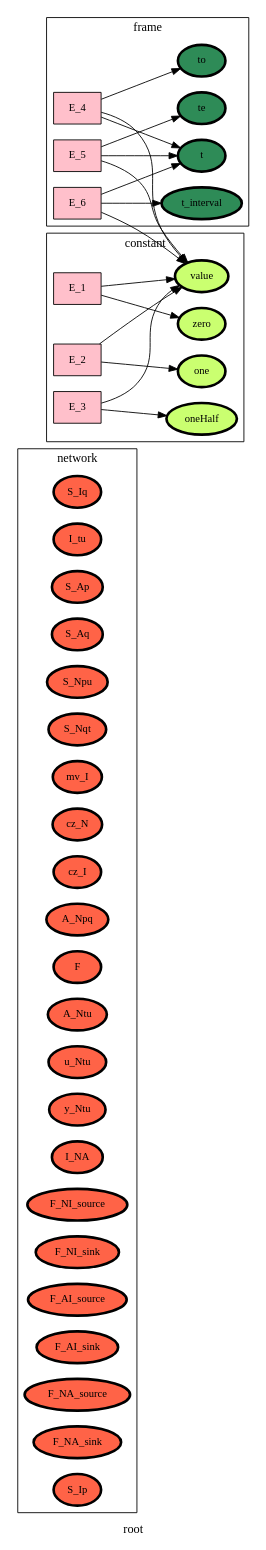
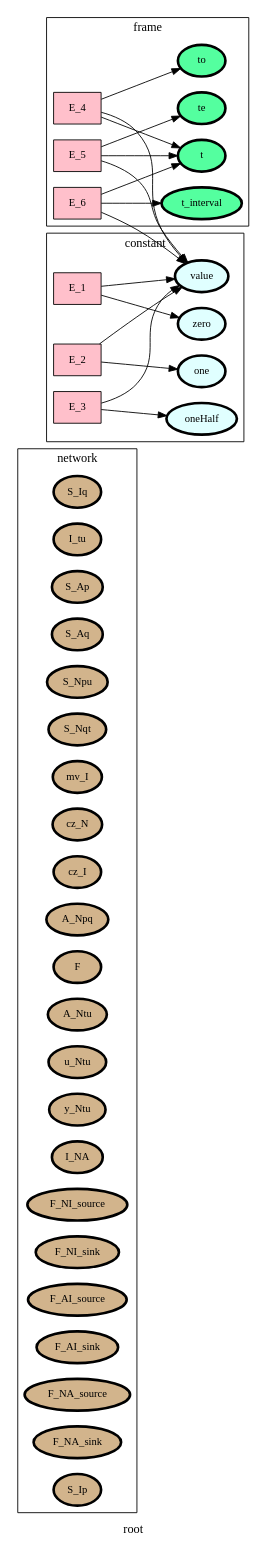
One commit to heinz-preisig/processes_distributed_no_interface_eqs changed the diagram in ontology_graphs/graph__root.dot. Above: the diagram before and after it, drawn with Graphviz. The commit also changed 30 other files, not shown here.

```diff
--- a/ontology_graphs/graph__root.dot
+++ b/ontology_graphs/graph__root.dot
@@ -1,75 +1,75 @@
 digraph root {
 label=root;
 rankdir=LR;
 subgraph cluster_root___network {
 label=network;
 rankdir=LR;
-V_10 [fillcolor=tomato, fontsize=12, label=S_Iq, penwidth=3, style=filled];
-V_11 [fillcolor=tomato, fontsize=12, label=I_tu, penwidth=3, style=filled];
-V_12 [fillcolor=tomato, fontsize=12, label=S_Ap, penwidth=3, style=filled];
-V_13 [fillcolor=tomato, fontsize=12, label=S_Aq, penwidth=3, style=filled];
-V_14 [fillcolor=tomato, fontsize=12, label=S_Npu, penwidth=3, style=filled];
-V_15 [fillcolor=tomato, fontsize=12, label=S_Nqt, penwidth=3, style=filled];
-V_16 [fillcolor=tomato, fontsize=12, label=mv_I, penwidth=3, style=filled];
-V_17 [fillcolor=tomato, fontsize=12, label=cz_N, penwidth=3, style=filled];
-V_18 [fillcolor=tomato, fontsize=12, label=cz_I, penwidth=3, style=filled];
-V_19 [fillcolor=tomato, fontsize=12, label=A_Npq, penwidth=3, style=filled];
-V_2 [fillcolor=tomato, fontsize=12, label=F, penwidth=3, style=filled];
-V_20 [fillcolor=tomato, fontsize=12, label=A_Ntu, penwidth=3, style=filled];
-V_21 [fillcolor=tomato, fontsize=12, label=u_Ntu, penwidth=3, style=filled];
-V_22 [fillcolor=tomato, fontsize=12, label=y_Ntu, penwidth=3, style=filled];
-V_27 [fillcolor=tomato, fontsize=12, label=I_NA, penwidth=3, style=filled];
-V_3 [fillcolor=tomato, fontsize=12, label=F_NI_source, penwidth=3, style=filled];
-V_4 [fillcolor=tomato, fontsize=12, label=F_NI_sink, penwidth=3, style=filled];
-V_5 [fillcolor=tomato, fontsize=12, label=F_AI_source, penwidth=3, style=filled];
-V_6 [fillcolor=tomato, fontsize=12, label=F_AI_sink, penwidth=3, style=filled];
-V_7 [fillcolor=tomato, fontsize=12, label=F_NA_source, penwidth=3, style=filled];
-V_8 [fillcolor=tomato, fontsize=12, label=F_NA_sink, penwidth=3, style=filled];
-V_9 [fillcolor=tomato, fontsize=12, label=S_Ip, penwidth=3, style=filled];
+V_10 [fillcolor=tan, fontsize=12, label=S_Iq, penwidth=3, style=filled];
+V_11 [fillcolor=tan, fontsize=12, label=I_tu, penwidth=3, style=filled];
+V_12 [fillcolor=tan, fontsize=12, label=S_Ap, penwidth=3, style=filled];
+V_13 [fillcolor=tan, fontsize=12, label=S_Aq, penwidth=3, style=filled];
+V_14 [fillcolor=tan, fontsize=12, label=S_Npu, penwidth=3, style=filled];
+V_15 [fillcolor=tan, fontsize=12, label=S_Nqt, penwidth=3, style=filled];
+V_16 [fillcolor=tan, fontsize=12, label=mv_I, penwidth=3, style=filled];
+V_17 [fillcolor=tan, fontsize=12, label=cz_N, penwidth=3, style=filled];
+V_18 [fillcolor=tan, fontsize=12, label=cz_I, penwidth=3, style=filled];
+V_19 [fillcolor=tan, fontsize=12, label=A_Npq, penwidth=3, style=filled];
+V_2 [fillcolor=tan, fontsize=12, label=F, penwidth=3, style=filled];
+V_20 [fillcolor=tan, fontsize=12, label=A_Ntu, penwidth=3, style=filled];
+V_21 [fillcolor=tan, fontsize=12, label=u_Ntu, penwidth=3, style=filled];
+V_22 [fillcolor=tan, fontsize=12, label=y_Ntu, penwidth=3, style=filled];
+V_27 [fillcolor=tan, fontsize=12, label=I_NA, penwidth=3, style=filled];
+V_3 [fillcolor=tan, fontsize=12, label=F_NI_source, penwidth=3, style=filled];
+V_4 [fillcolor=tan, fontsize=12, label=F_NI_sink, penwidth=3, style=filled];
+V_5 [fillcolor=tan, fontsize=12, label=F_AI_source, penwidth=3, style=filled];
+V_6 [fillcolor=tan, fontsize=12, label=F_AI_sink, penwidth=3, style=filled];
+V_7 [fillcolor=tan, fontsize=12, label=F_NA_source, penwidth=3, style=filled];
+V_8 [fillcolor=tan, fontsize=12, label=F_NA_sink, penwidth=3, style=filled];
+V_9 [fillcolor=tan, fontsize=12, label=S_Ip, penwidth=3, style=filled];
 }
 
 E_4 -> V_1  [splines=ortho];
 E_4 -> V_101  [splines=ortho];
 E_5 -> V_1  [splines=ortho];
 E_5 -> V_101  [splines=ortho];
 E_6 -> V_1  [splines=ortho];
 E_6 -> V_101  [splines=ortho];
 subgraph cluster_root___frame {
 label=frame;
 rankdir=LR;
-V_1 [fillcolor=seagreen, fontsize=12, label=t, penwidth=3, style=filled];
-V_105 [fillcolor=seagreen, fontsize=12, label=to, penwidth=3, style=filled];
-V_106 [fillcolor=seagreen, fontsize=12, label=te, penwidth=3, style=filled];
-V_107 [fillcolor=seagreen, fontsize=12, label=t_interval, penwidth=3, style=filled];
+V_1 [fillcolor=seagreen1, fontsize=12, label=t, penwidth=3, style=filled];
+V_105 [fillcolor=seagreen1, fontsize=12, label=to, penwidth=3, style=filled];
+V_106 [fillcolor=seagreen1, fontsize=12, label=te, penwidth=3, style=filled];
+V_107 [fillcolor=seagreen1, fontsize=12, label=t_interval, penwidth=3, style=filled];
 E_4 [fillcolor=pink, fontsize=12, shape=box, style=filled];
 E_4 -> V_105  [splines=ortho];
 E_5 [fillcolor=pink, fontsize=12, shape=box, style=filled];
 E_5 -> V_106  [splines=ortho];
 E_6 [fillcolor=pink, fontsize=12, shape=box, style=filled];
 E_6 -> V_107  [splines=ortho];
 }
 
 subgraph cluster_root___state {
 label=state;
 rankdir=LR;
 }
 
 E_1 -> V_101  [splines=ortho];
 E_2 -> V_101  [splines=ortho];
 E_3 -> V_101  [splines=ortho];
 subgraph cluster_root___constant {
 label=constant;
 rankdir=LR;
-V_101 [fillcolor=darkolivegreen1, fontsize=12, label=value, penwidth=3, style=filled];
-V_102 [fillcolor=darkolivegreen1, fontsize=12, label=zero, penwidth=3, style=filled];
-V_103 [fillcolor=darkolivegreen1, fontsize=12, label=one, penwidth=3, style=filled];
-V_104 [fillcolor=darkolivegreen1, fontsize=12, label=oneHalf, penwidth=3, style=filled];
+V_101 [fillcolor=lightcyan1, fontsize=12, label=value, penwidth=3, style=filled];
+V_102 [fillcolor=lightcyan1, fontsize=12, label=zero, penwidth=3, style=filled];
+V_103 [fillcolor=lightcyan1, fontsize=12, label=one, penwidth=3, style=filled];
+V_104 [fillcolor=lightcyan1, fontsize=12, label=oneHalf, penwidth=3, style=filled];
 E_1 [fillcolor=pink, fontsize=12, shape=box, style=filled];
 E_1 -> V_102  [splines=ortho];
 E_2 [fillcolor=pink, fontsize=12, shape=box, style=filled];
 E_2 -> V_103  [splines=ortho];
 E_3 [fillcolor=pink, fontsize=12, shape=box, style=filled];
 E_3 -> V_104  [splines=ortho];
 }
 
 }
```
